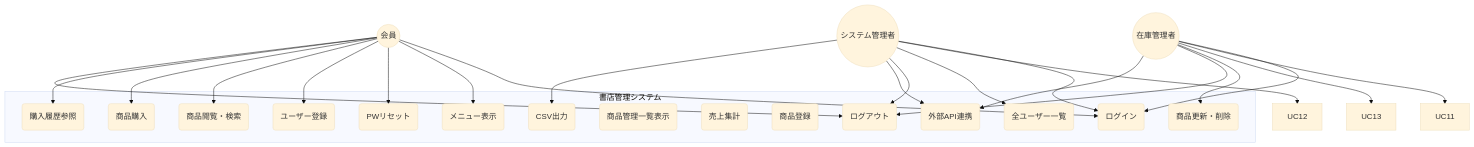
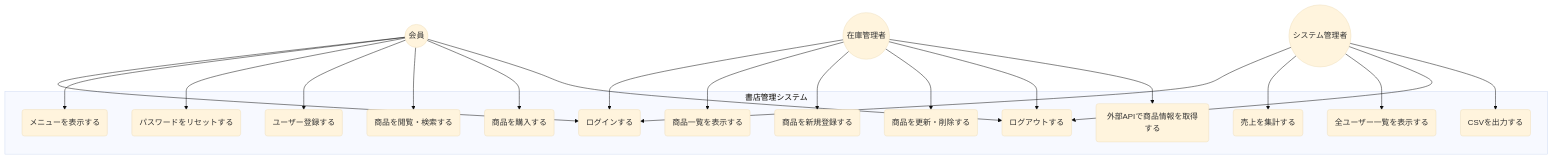
The diagram in 8-3_要件定義/use_case.md (namae-mizutani/yuki-mizutani-educure-app), drawn with Mermaid (base theme) before and after one commit. The commit also changed 5 other files, not shown here.

````diff
--- a/8-3_要件定義/use_case.md
+++ b/8-3_要件定義/use_case.md
@@ -1,47 +1,44 @@
 ```mermaid
 graph TD
     User((会員))
     Staff((在庫管理者))
     Master((システム管理者))
 
     subgraph System [書店管理システム]
-        UC1(ログイン)
-        UC2(メニュー表示)
-        UC3(PWリセット)
-        UC4(ユーザー登録)
-        UC7(商品閲覧・検索)
-        UC8(商品購入)
-        UC10(購入履歴参照)
-        U11(商品管理一覧表示)
-        U12(売上集計)
-        U13(商品登録)
-        UC14(商品更新・削除)
-        UC15(全ユーザー一覧)
-        UC16(ログアウト)
-        UC17(外部API連携)
-        UC18(CSV出力)
+        UC1(ログインする)
+        UC2(メニューを表示する)
+        UC3(パスワードをリセットする)
+        UC4(ユーザー登録する)
+        UC7(商品を閲覧・検索する)
+        UC8(商品を購入する)
+        UC11(商品一覧を表示する)
+        UC12(売上を集計する)
+        UC13(商品を新規登録する)
+        UC14(商品を更新・削除する)
+        UC15(全ユーザー一覧を表示する)
+        UC16(ログアウトする)
+        UC17(外部APIで商品情報を取得する)
+        UC18(CSVを出力する)
     end
 
     User --> UC1
     User --> UC2
     User --> UC3
     User --> UC4
     User --> UC7
     User --> UC8
-    User --> UC10
     User --> UC16
 
     Staff --> UC1
     Staff --> UC11
     Staff --> UC13
     Staff --> UC14
     Staff --> UC16
     Staff --> UC17
 
     Master --> UC1
     Master --> UC12
     Master --> UC15
     Master --> UC16
-    Master --> UC17
     Master --> UC18
 ```
````
